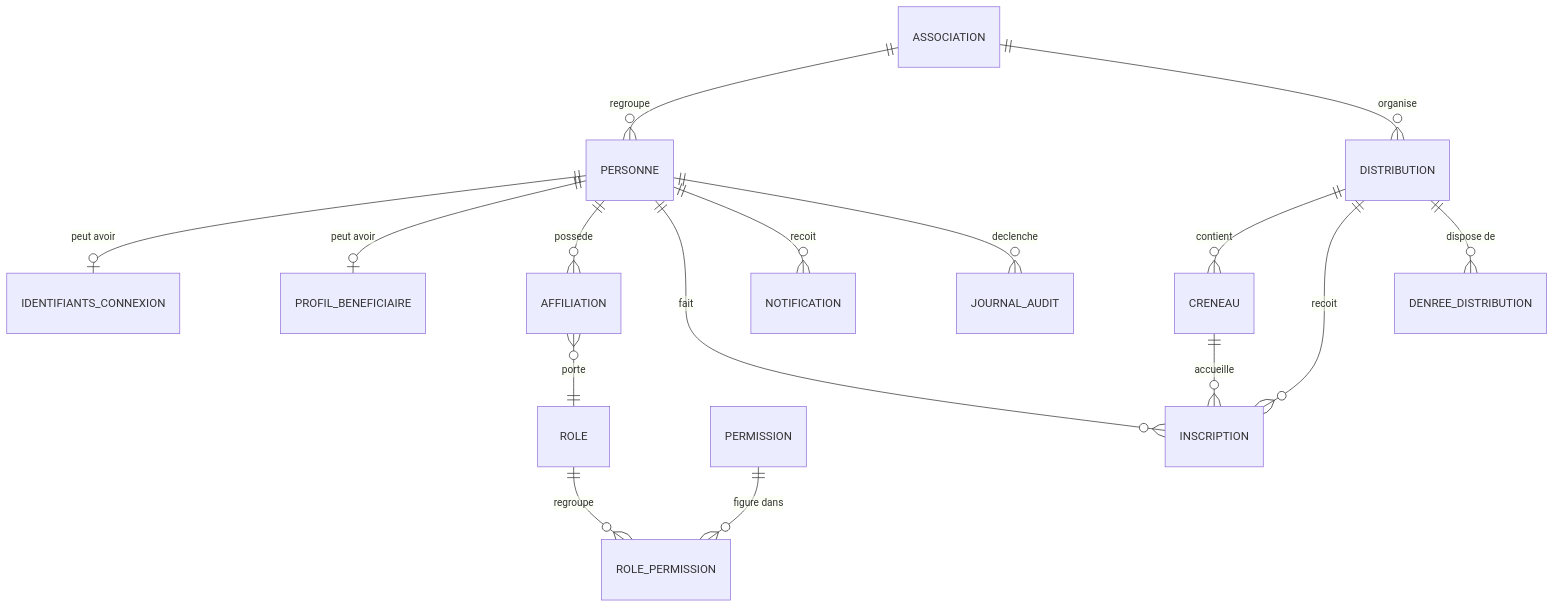
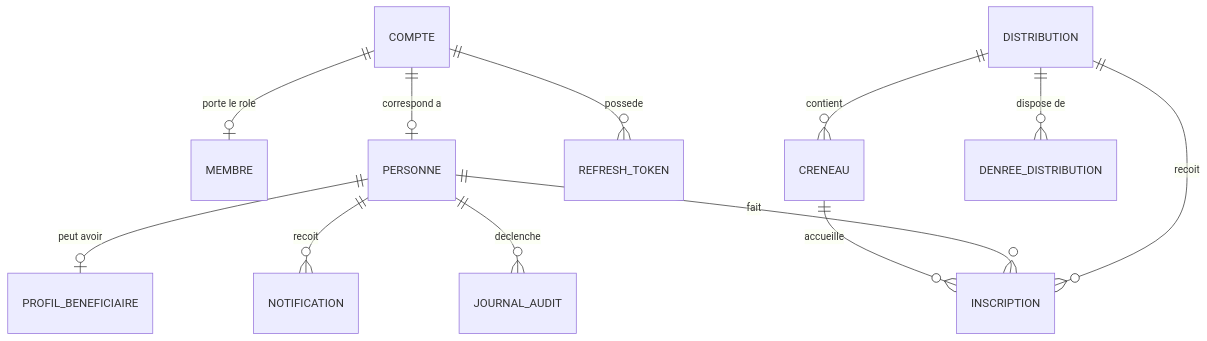
Before and after one commit to Joello61/solivio: the diagram in docs/modele_donnees.md, drawn with Mermaid. The commit also changed other lines of this file, not shown here.

First line of the commit message:
docs(modele): decrire le schema unique

````diff
--- a/docs/modele_donnees.md
+++ b/docs/modele_donnees.md
@@ -329,18 +310,14 @@
 ```mermaid
 erDiagram
-    ASSOCIATION ||--o{ PERSONNE : "regroupe"
-    ASSOCIATION ||--o{ DISTRIBUTION : "organise"
-    PERSONNE ||--o| IDENTIFIANTS_CONNEXION : "peut avoir"
+    COMPTE ||--o| MEMBRE : "porte le role"
+    COMPTE ||--o| PERSONNE : "correspond a"
+    COMPTE ||--o{ REFRESH_TOKEN : "possede"
     PERSONNE ||--o| PROFIL_BENEFICIAIRE : "peut avoir"
-    PERSONNE ||--o{ AFFILIATION : "possede"
-    AFFILIATION }o--|| ROLE : "porte"
-    ROLE ||--o{ ROLE_PERMISSION : "regroupe"
-    PERMISSION ||--o{ ROLE_PERMISSION : "figure dans"
     DISTRIBUTION ||--o{ CRENEAU : "contient"
     DISTRIBUTION ||--o{ INSCRIPTION : "recoit"
     DISTRIBUTION ||--o{ DENREE_DISTRIBUTION : "dispose de"
     PERSONNE ||--o{ INSCRIPTION : "fait"
     CRENEAU ||--o{ INSCRIPTION : "accueille"
     PERSONNE ||--o{ NOTIFICATION : "recoit"
     PERSONNE ||--o{ JOURNAL_AUDIT : "declenche"
 ```
````
